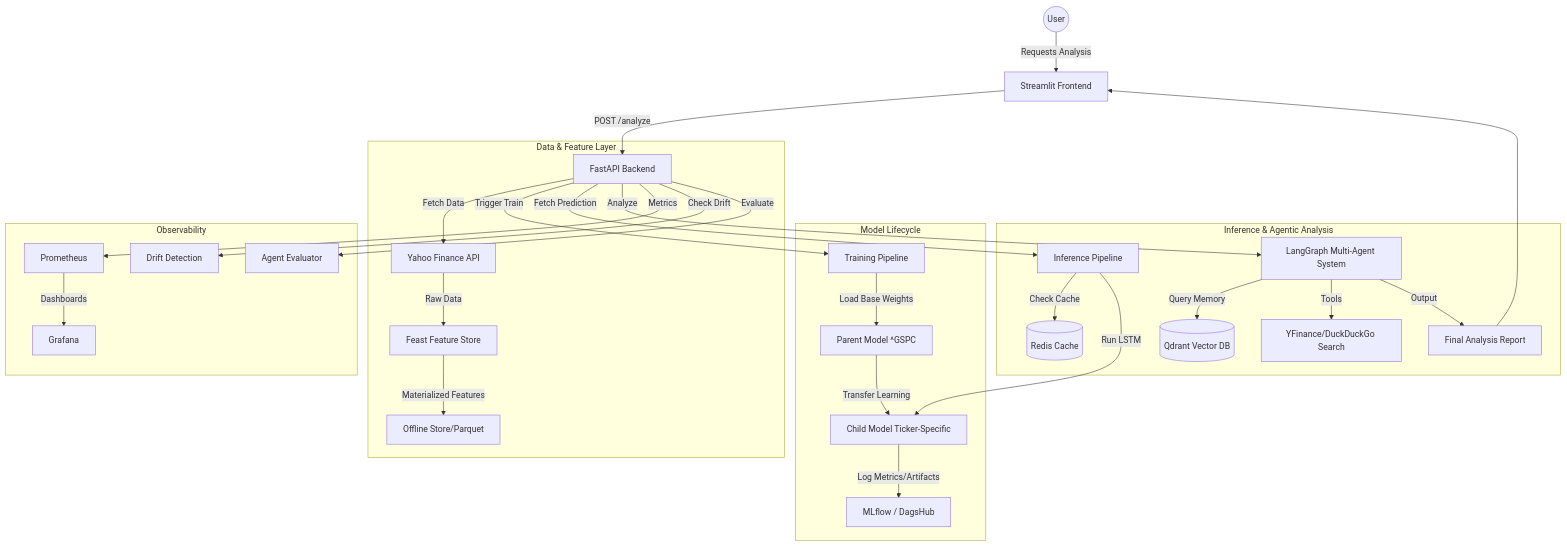
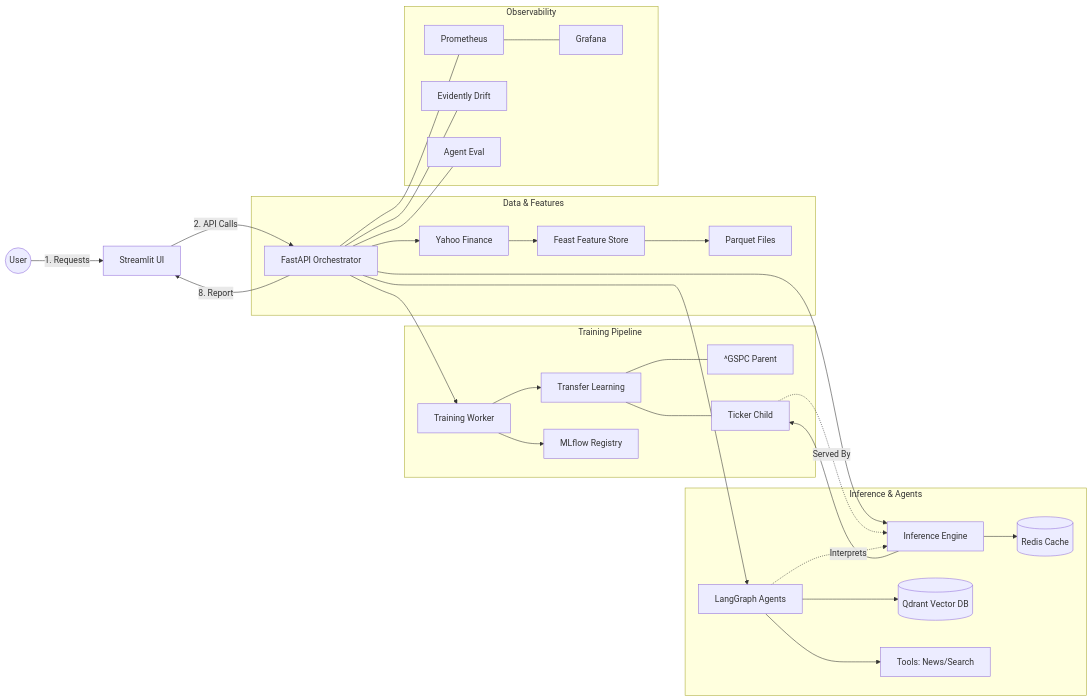
One commit to iankisali/stock-agent-ops changed the diagram in doc/system_design.md. Above: the diagram before and after it, drawn with Mermaid.

Commit message:
updated mermaid diagram - system design

````diff
--- a/doc/system_design.md
+++ b/doc/system_design.md
@@ -44,38 +44,42 @@
 ```mermaid
-graph TD
-    User((User)) -->|Requests Analysis| UI[Streamlit Frontend]
-    UI -->|POST /analyze| API[FastAPI Backend]
-    
-    subgraph "Data & Feature Layer"
-        API -->|Fetch Data| YF[Yahoo Finance API]
-        YF -->|Raw Data| Feast[Feast Feature Store]
-        Feast -->|Materialized Features| S3[Offline Store/Parquet]
+graph LR
+    %% User Interaction
+    User((User)) -->|1. Requests| UI[Streamlit UI]
+    UI -->|2. API Calls| API[FastAPI Orchestrator]
+    API -->|8. Report| UI
+
+    subgraph Data_Flow [Data & Features]
+        API --> YF[Yahoo Finance]
+        YF --> FST[Feast Feature Store]
+        FST --> PAR[Parquet Files]
     end
 
-    subgraph "Model Lifecycle"
-        API -->|Trigger Train| TrainPipe[Training Pipeline]
-        TrainPipe -->|Load Base Weights| Parent[Parent Model ^GSPC]
-        Parent -->|Transfer Learning| Child[Child Model Ticker-Specific]
-        Child -->|Log Metrics/Artifacts| MLflow[MLflow / DagsHub]
+    subgraph Training_Phase [Training Pipeline]
+        API --> TRN[Training Worker]
+        TRN --> TL[Transfer Learning]
+        TL --- P_MDL[^GSPC Parent]
+        TL --- C_MDL[Ticker Child]
+        TRN --> MLF[MLflow Registry]
     end
 
-    subgraph "Inference & Agentic Analysis"
-        API -->|Fetch Prediction| InfPipe[Inference Pipeline]
-        InfPipe -->|Check Cache| Redis[(Redis Cache)]
-        InfPipe -->|Run LSTM| Child
+    subgraph Serving_Phase [Inference & Agents]
+        API --> INF[Inference Engine]
+        INF --> RED[(Redis Cache)]
+        INF --> C_MDL
         
-        API -->|Analyze| Agent[LangGraph Multi-Agent System]
-        Agent -->|Query Memory| Qdrant[(Qdrant Vector DB)]
-        Agent -->|Tools| News[YFinance/DuckDuckGo Search]
-        Agent -->|Output| Report[Final Analysis Report]
+        API --> AGT[LangGraph Agents]
+        AGT --> QDR[(Qdrant Vector DB)]
+        AGT --> TA[Tools: News/Search]
     end
 
-    subgraph "Observability"
-        API -->|Metrics| Prom[Prometheus]
-        Prom -->|Dashboards| Graf[Grafana]
-        API -->|Check Drift| Drift[Drift Detection]
-        API -->|Evaluate| AgentEval[Agent Evaluator]
+    subgraph Monitoring_Phase [Observability]
+        API --- PROM[Prometheus]
+        PROM --- GRAF[Grafana]
+        API --- EVT[Evidently Drift]
+        API --- AE[Agent Eval]
     end
-    
-    Report --> UI
+
+    %% Key Connections
+    C_MDL -.->|Served By| INF
+    AGT -.->|Interprets| INF
 ```
````
